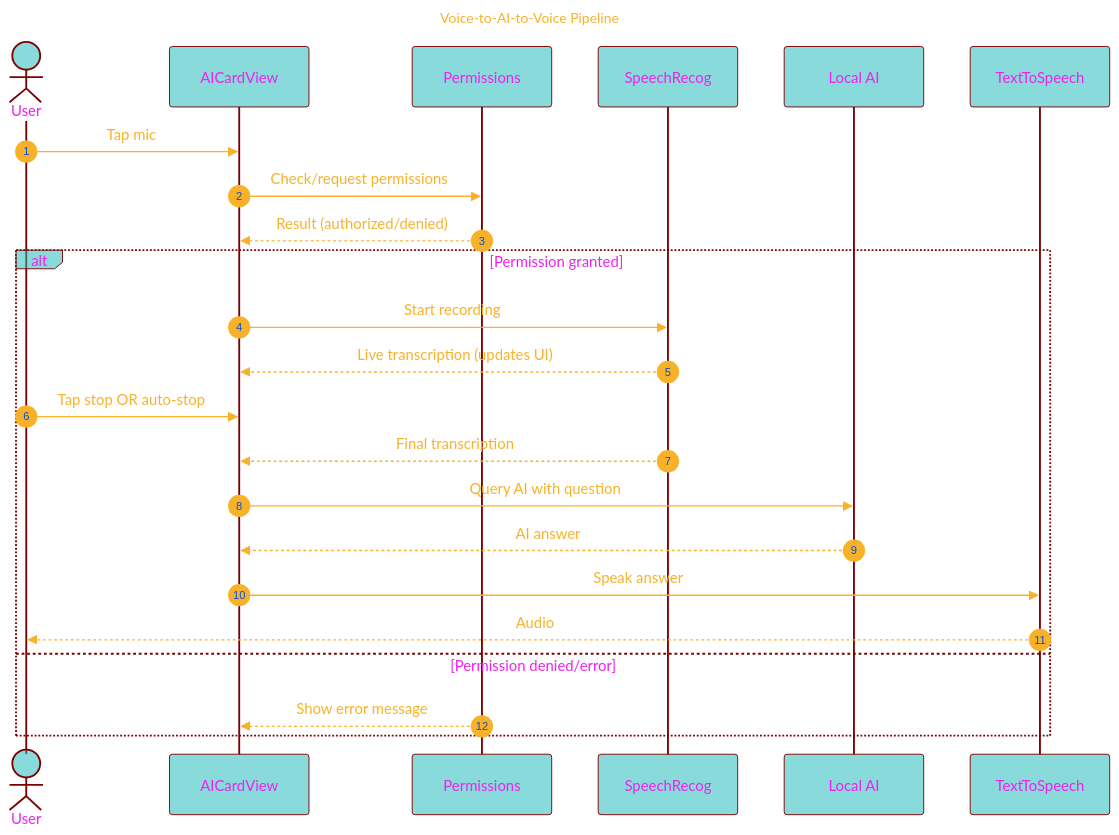
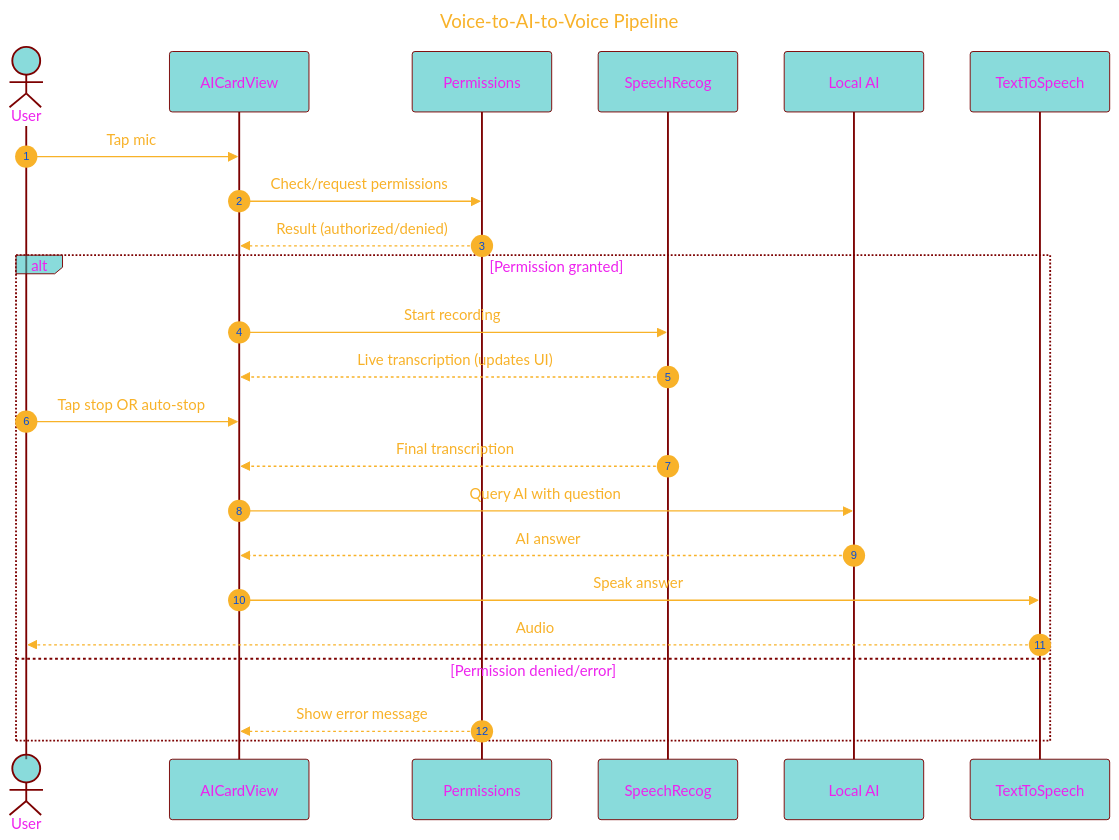
One commit to CongLeSolutionX/Ask-a-Le changed the third of 12 diagrams in Ask a Le/ChatWithLocalBot_V5/DOCUMENTATION_Draft.md. Above: the diagram before and after it, drawn with Mermaid. The commit also changed other lines of this file, not shown here.

````diff
--- a/Ask a Le/ChatWithLocalBot_V5/DOCUMENTATION_Draft.md
+++ b/Ask a Le/ChatWithLocalBot_V5/DOCUMENTATION_Draft.md
@@ -175,54 +176,55 @@
 ```mermaid
 ---
 title: "Voice-to-AI-to-Voice Pipeline"
 author: "Cong Le"
 version: "0.1"
 license(s): "MIT, CC BY 4.0"
 copyright: "Copyright (c) 2025 Cong Le. All Rights Reserved."
 config:
   layout: elk
   theme: base
 ---
 %%%%%%%% Mermaid version v11.4.1-b.14
 %%{
   init: {
     'sequence': { 'mirrorActors': true, 'showSequenceNumbers': true, 'actorMargin': 50 },
     'fontFamily': 'Monaco',
     'themeVariables': {
       'primaryColor': '#2BB8',
       'primaryBorderColor': '#7C0000',
       'lineColor': '#F8B229',
       'secondaryColor': '#6122',
       'tertiaryColor': '#fff',
       'fontSize': '15px',
       'textColor': '#F8B229',
       'actorTextColor': '#E2E',
+      'fontSize': '20px',
       'stroke':'#033',
       'stroke-width': '0.2px'
     }
   }
 }%%
 sequenceDiagram
     actor User
     participant UI as AICardView
     participant Perm as Permissions
     participant Rec as SpeechRecog
     participant LLM as Local AI
     participant TTS as TextToSpeech
 
     User->>UI: Tap mic
     UI->>Perm: Check/request permissions
     Perm-->>UI: Result (authorized/denied)
     alt Permission granted
         UI->>Rec: Start recording
         Rec-->>UI: Live transcription (updates UI)
         User->>UI: Tap stop OR auto-stop
         Rec-->>UI: Final transcription
         UI->>LLM: Query AI with question
         LLM-->>UI: AI answer
         UI->>TTS: Speak answer
         TTS-->>User: Audio
     else Permission denied/error
         Perm-->>UI: Show error message
     end
 ```
````
